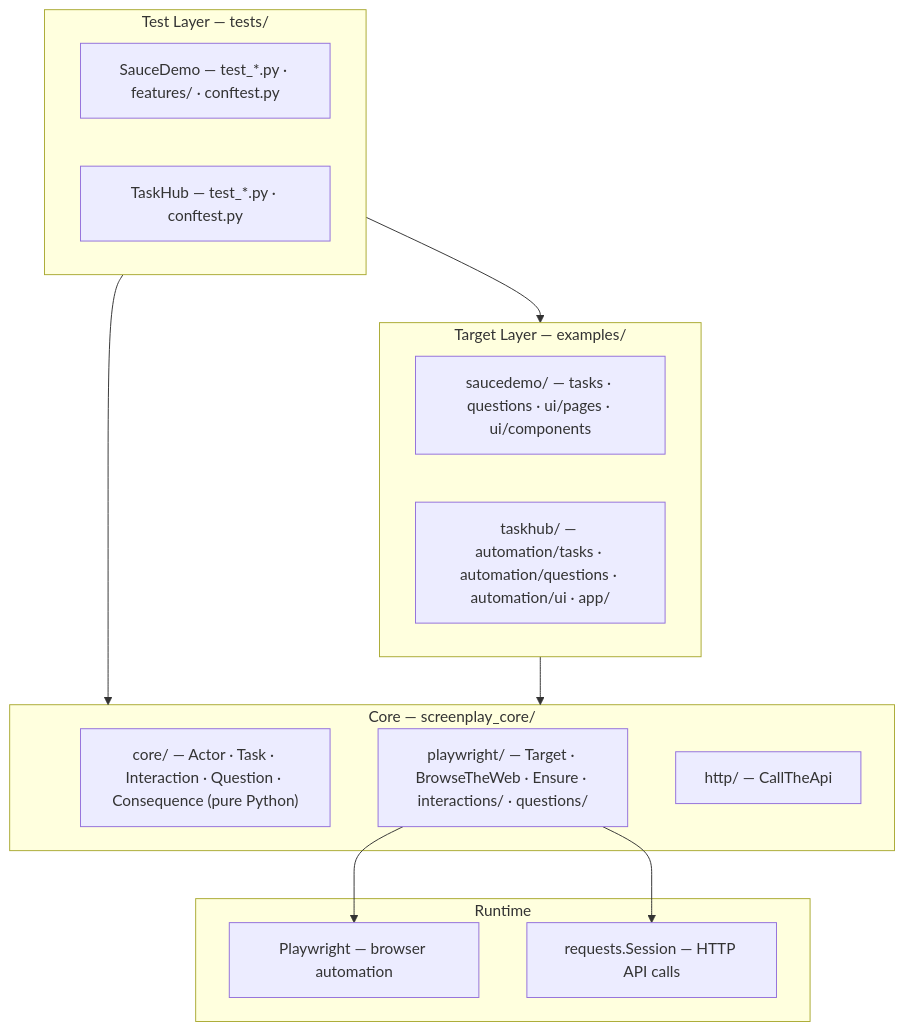
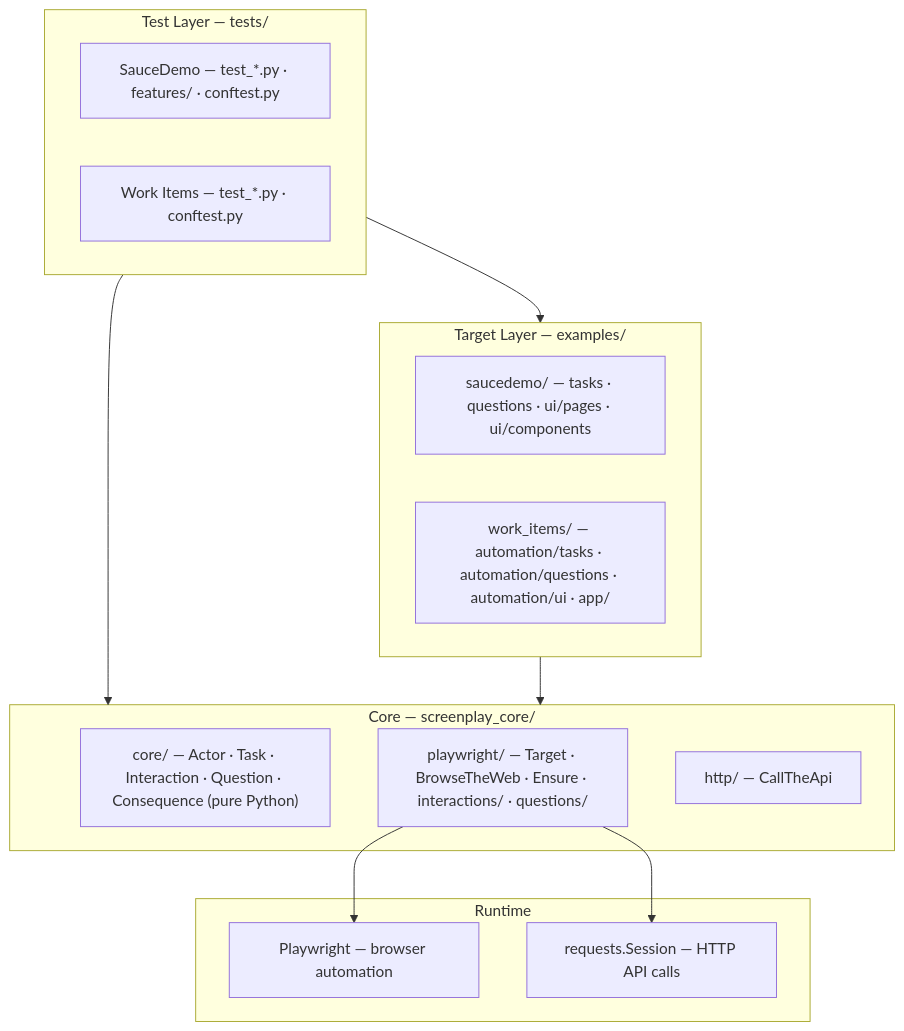
The first of 8 diagrams in docs/architecture.md (stansiris/playwright-pytest-screenplay-framework), drawn with Mermaid before and after one commit. The commit also changed other lines of this file and 91 other files, not shown here.

Commit message:
Rename TaskHub example to Work Items

````diff
--- a/docs/architecture.md
+++ b/docs/architecture.md
@@ -18,29 +18,29 @@
 ```mermaid
 flowchart TB
   subgraph TL["Test Layer — tests/"]
     SD["SauceDemo — test_*.py · features/ · conftest.py"]
-    TH["TaskHub — test_*.py · conftest.py"]
+    TH["Work Items — test_*.py · conftest.py"]
   end
 
   subgraph EL["Target Layer — examples/"]
     SDE["saucedemo/ — tasks · questions · ui/pages · ui/components"]
-    THE["taskhub/ — automation/tasks · automation/questions · automation/ui · app/"]
+    THE["work_items/ — automation/tasks · automation/questions · automation/ui · app/"]
   end
 
   subgraph CL["Core — screenplay_core/"]
     CORE["core/ — Actor · Task · Interaction · Question · Consequence (pure Python)"]
     AB["playwright/ — Target · BrowseTheWeb · Ensure · interactions/ · questions/"]
     BI["http/ — CallTheApi"]
   end
 
   subgraph RT["Runtime"]
     PW["Playwright — browser automation"]
     HTTP["requests.Session — HTTP API calls"]
   end
 
   TL --> EL
   TL --> CL
   EL --> CL
   AB --> PW
   AB --> HTTP
 ```
````
